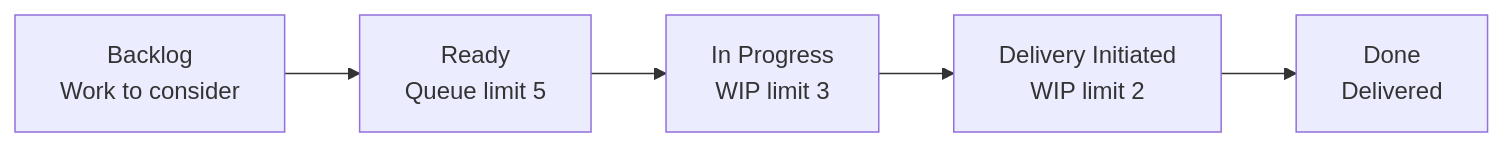
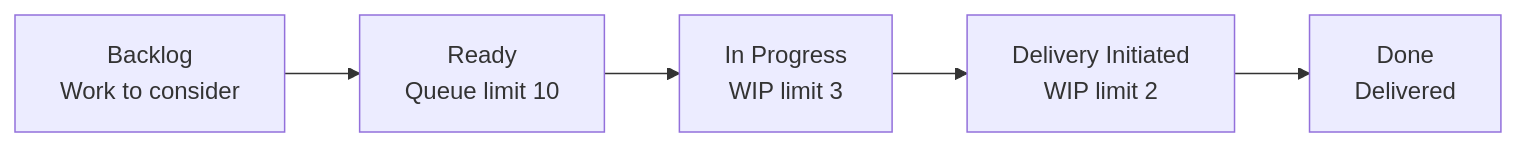
One commit to DannyShayH/MTGO changed the diagram in apps/docs/src/content/docs/way-of-working/index.mdx. Above: the diagram before and after it, drawn with Mermaid. The commit also changed other lines of this file and 25 other files, not shown here.

````diff
--- a/apps/docs/src/content/docs/way-of-working/index.mdx
+++ b/apps/docs/src/content/docs/way-of-working/index.mdx
@@ -18,11 +18,11 @@
 ```mermaid
 flowchart LR
     accTitle: Work moves through the Kanban board
-    accDescr: Backlog moves to Ready, a queue limited to five work items. In Progress has a WIP limit of three and Delivery Initiated has a WIP limit of two. Successful ready checks move work to Done.
-    backlog["Backlog<br/>Work to consider"] --> ready["Ready<br/>Queue limit 5"]
+    accDescr: Backlog moves to Ready, a queue limited to ten work items. In Progress has a WIP limit of three and Delivery Initiated has a WIP limit of two. Successful ready checks move work to Done.
+    backlog["Backlog<br/>Work to consider"] --> ready["Ready<br/>Queue limit 10"]
     ready --> progress["In Progress<br/>WIP limit 3"]
     progress --> delivery["Delivery Initiated<br/>WIP limit 2"]
     delivery --> done["Done<br/>Delivered"]
     class backlog,ready,done queue
     class progress,delivery wip
 ```
````
